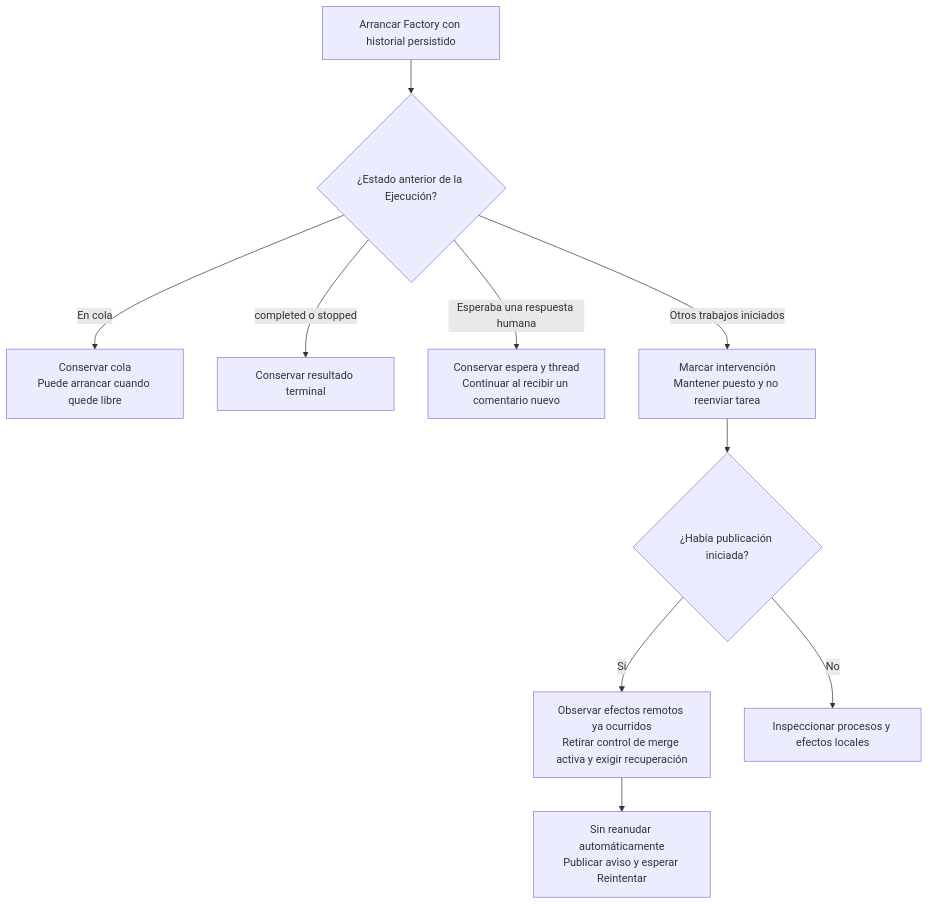
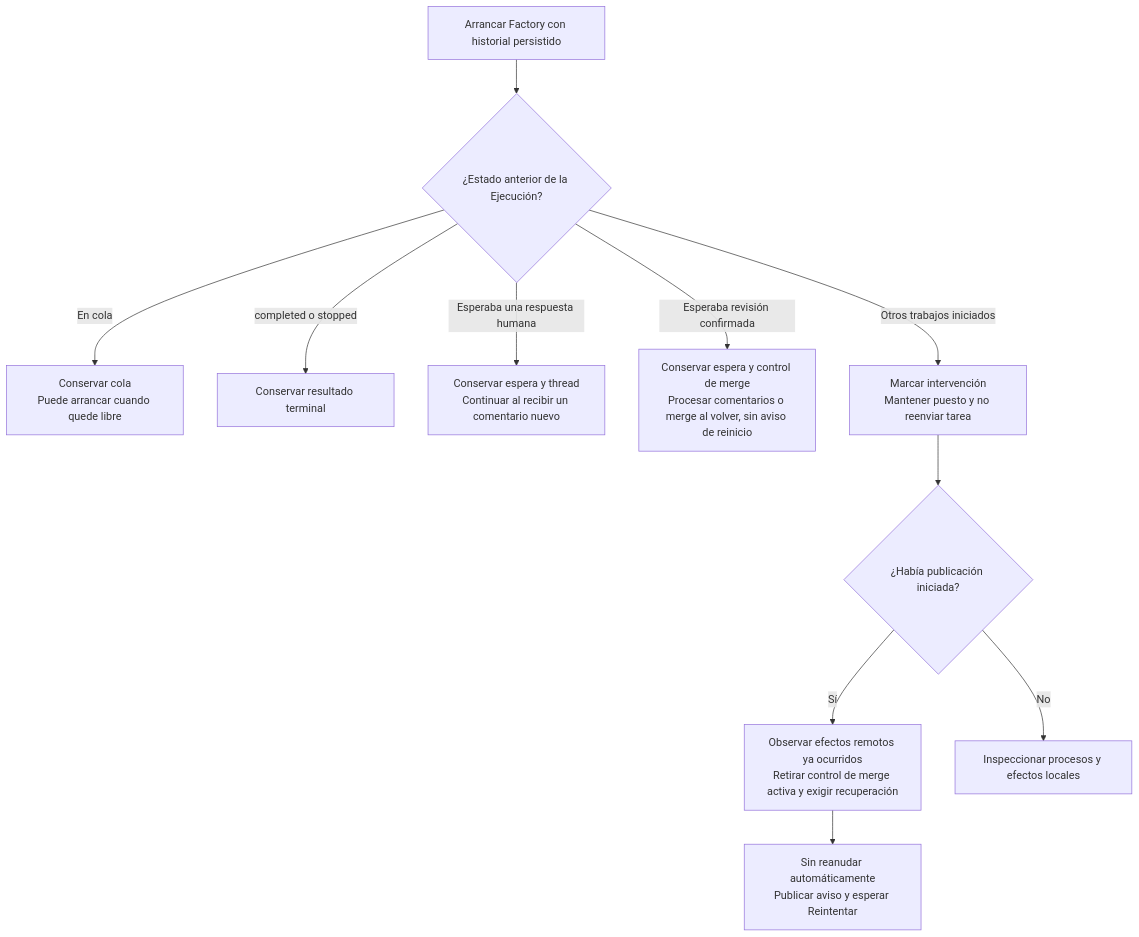
Before and after one commit to rubenbp/app-foundry: the second of 2 diagrams in docs/manual/05-variantes-e-intervencion.md, drawn with Mermaid. The commit also changed other lines of this file and 10 other files, not shown here.

````diff
--- a/docs/manual/05-variantes-e-intervencion.md
+++ b/docs/manual/05-variantes-e-intervencion.md
@@ -120,12 +120,13 @@
 ```mermaid
 flowchart TD
     R["Arrancar Factory con historial persistido"] --> S{"¿Estado anterior de la Ejecución?"}
     S -->|"En cola"| Q["Conservar cola<br/>Puede arrancar cuando quede libre"]
     S -->|"completed o stopped"| T["Conservar resultado terminal"]
     S -->|"Esperaba una respuesta humana"| W["Conservar espera y thread<br/>Continuar al recibir un comentario nuevo"]
+    S -->|"Esperaba revisión confirmada"| V["Conservar espera y control de merge<br/>Procesar comentarios o merge al volver, sin aviso de reinicio"]
     S -->|"Otros trabajos iniciados"| I["Marcar intervención<br/>Mantener puesto y no reenviar tarea"]
     I --> P{"¿Había publicación iniciada?"}
     P -->|"Sí"| O["Observar efectos remotos ya ocurridos<br/>Retirar control de merge activa y exigir recuperación"]
     P -->|"No"| C["Inspeccionar procesos y efectos locales"]
     O --> H["Sin reanudar automáticamente<br/>Publicar aviso y esperar Reintentar"]
 ```
````
